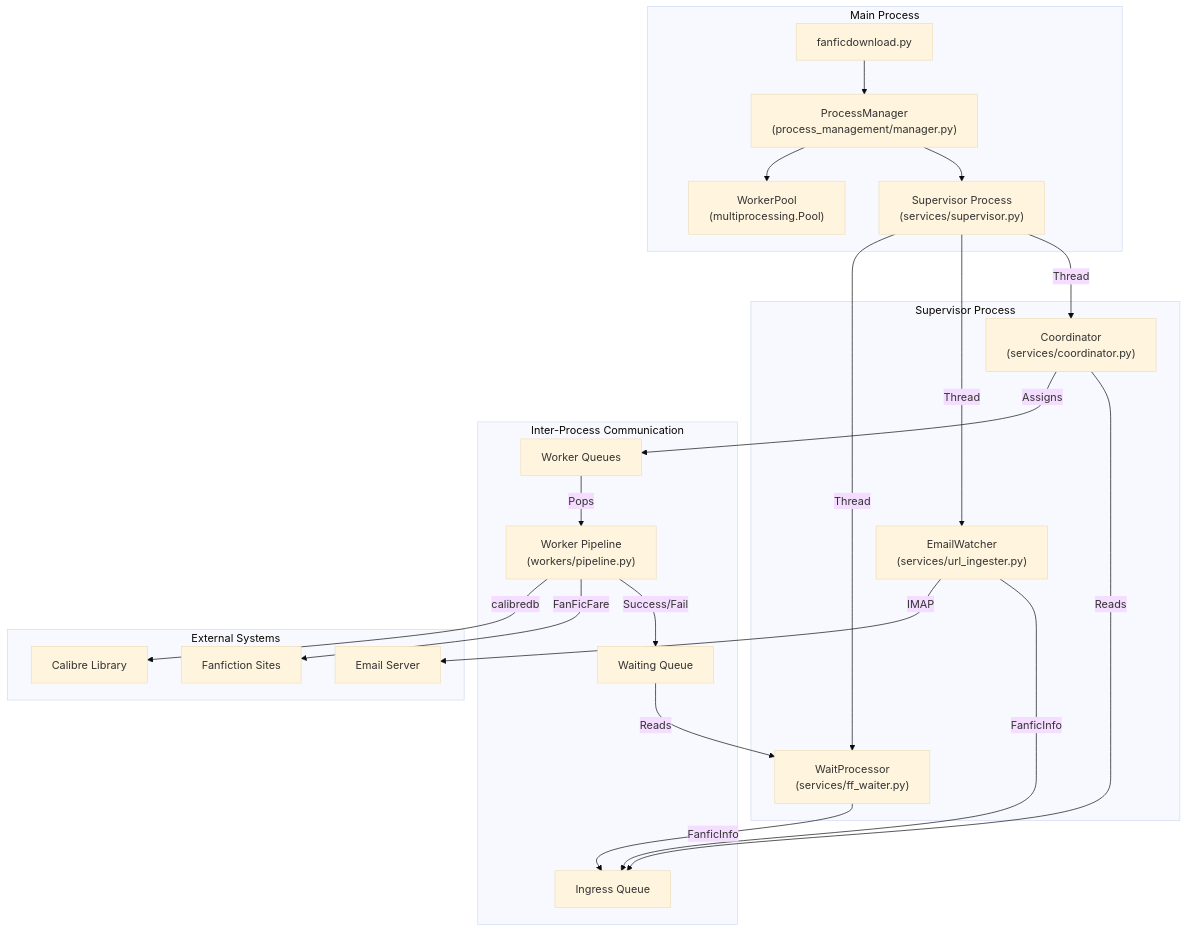
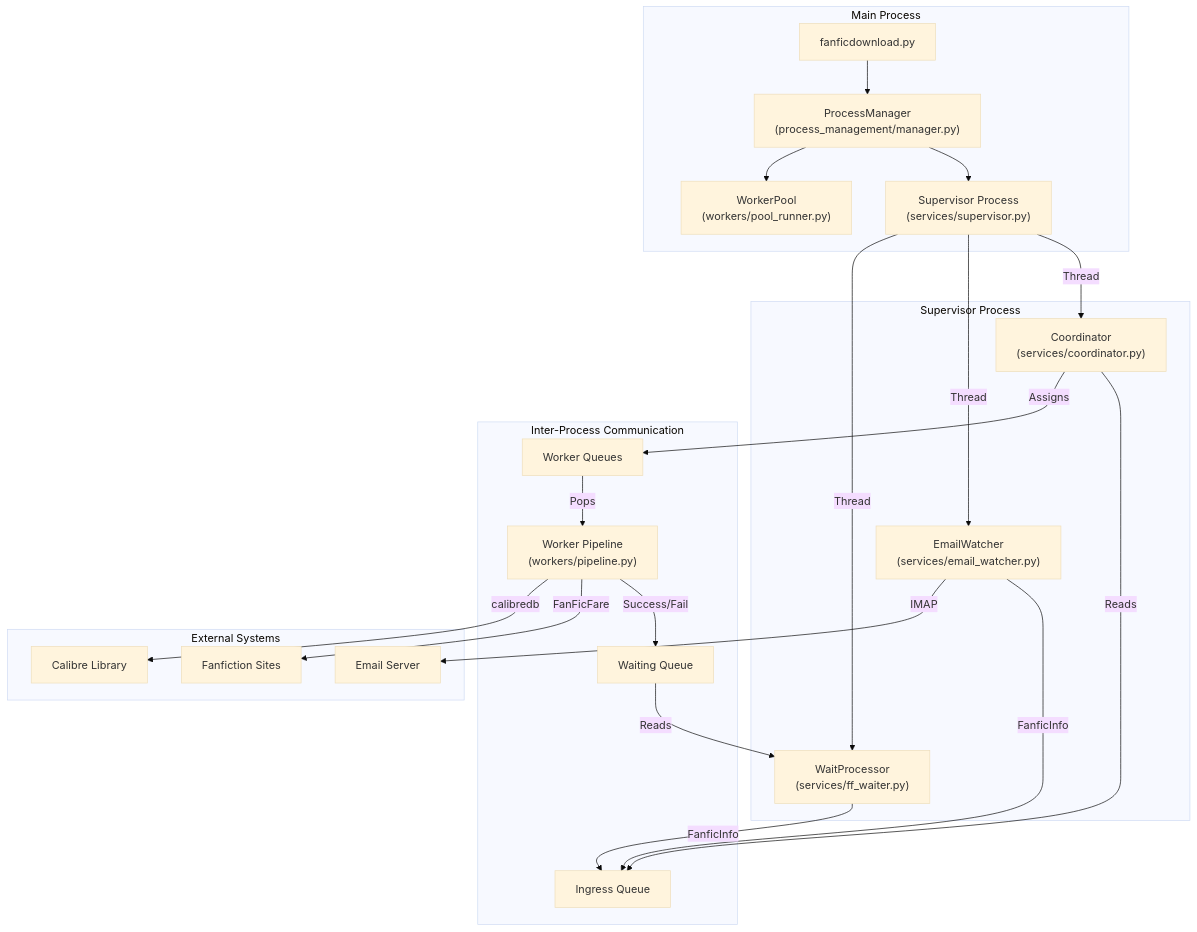
One commit to MrTyton/AutomatedFanfic changed the first of 2 diagrams in .github/project_architecture.md. Above: the diagram before and after it, drawn with Mermaid (base theme). The commit also changed other lines of this file and 54 other files, not shown here.

Commit message:
fix: resolve all findings from second architectural audit

````diff
--- a/.github/project_architecture.md
+++ b/.github/project_architecture.md
@@ -9,30 +9,30 @@
 ```mermaid
 graph TD
     subgraph "Main Process"
         Entry["fanficdownload.py"] --> PM["ProcessManager<br/>(process_management/manager.py)"]
         PM --> Super["Supervisor Process<br/>(services/supervisor.py)"]
-        PM --> Pool["WorkerPool<br/>(multiprocessing.Pool)"]
+        PM --> Pool["WorkerPool<br/>(workers/pool_runner.py)"]
     end
 
     subgraph "Supervisor Process"
         Super -->|Thread| Coord["Coordinator<br/>(services/coordinator.py)"]
-        Super -->|Thread| Email["EmailWatcher<br/>(services/url_ingester.py)"]
+        Super -->|Thread| Email["EmailWatcher<br/>(services/email_watcher.py)"]
         Super -->|Thread| Waiter["WaitProcessor<br/>(services/ff_waiter.py)"]
     end
 
     subgraph "Inter-Process Communication"
         Email -->|FanficInfo| IngressQ[Ingress Queue]
         Waiter -->|FanficInfo| IngressQ
         Coord -- Reads --> IngressQ
         Coord -- Assigns --> WorkerQ[Worker Queues]
         WorkerQ -- Pops --> Workers["Worker Pipeline<br/>(workers/pipeline.py)"]
         Workers -- Success/Fail --> WaiterQ[Waiting Queue]
         WaiterQ -- Reads --> Waiter
     end
 
     subgraph "External Systems"
         Email -->|IMAP| MailServer[Email Server]
         Workers -->|FanFicFare| Sites[Fanfiction Sites]
         Workers -->|calibredb| Calibre[Calibre Library]
     end
 ```
````
